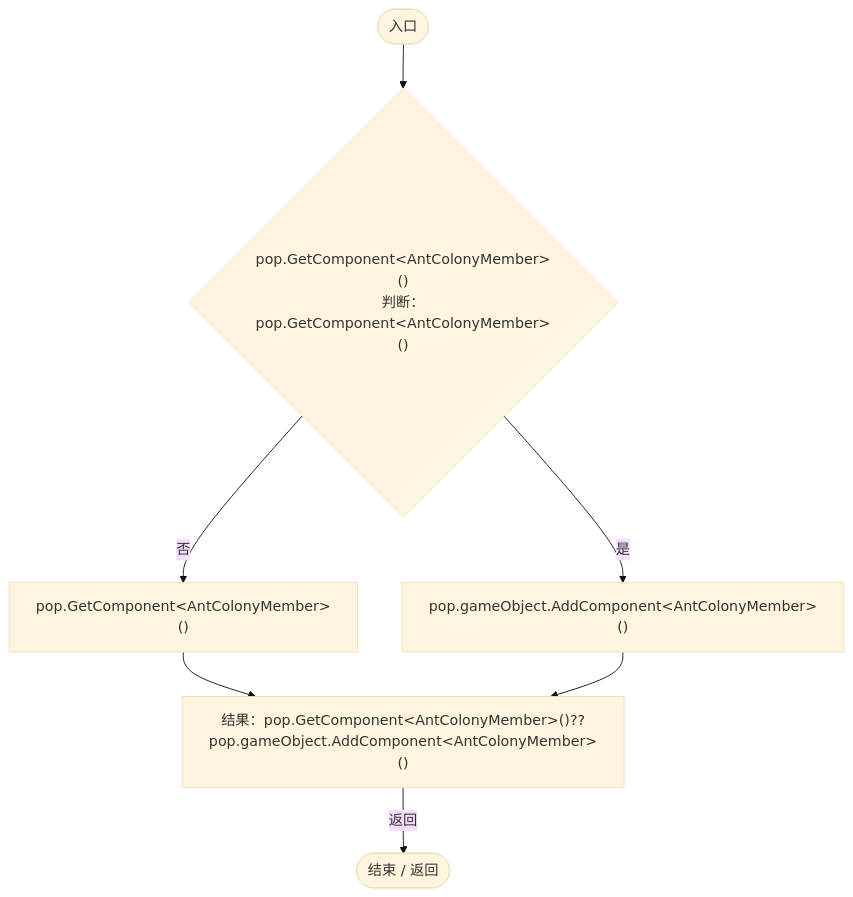
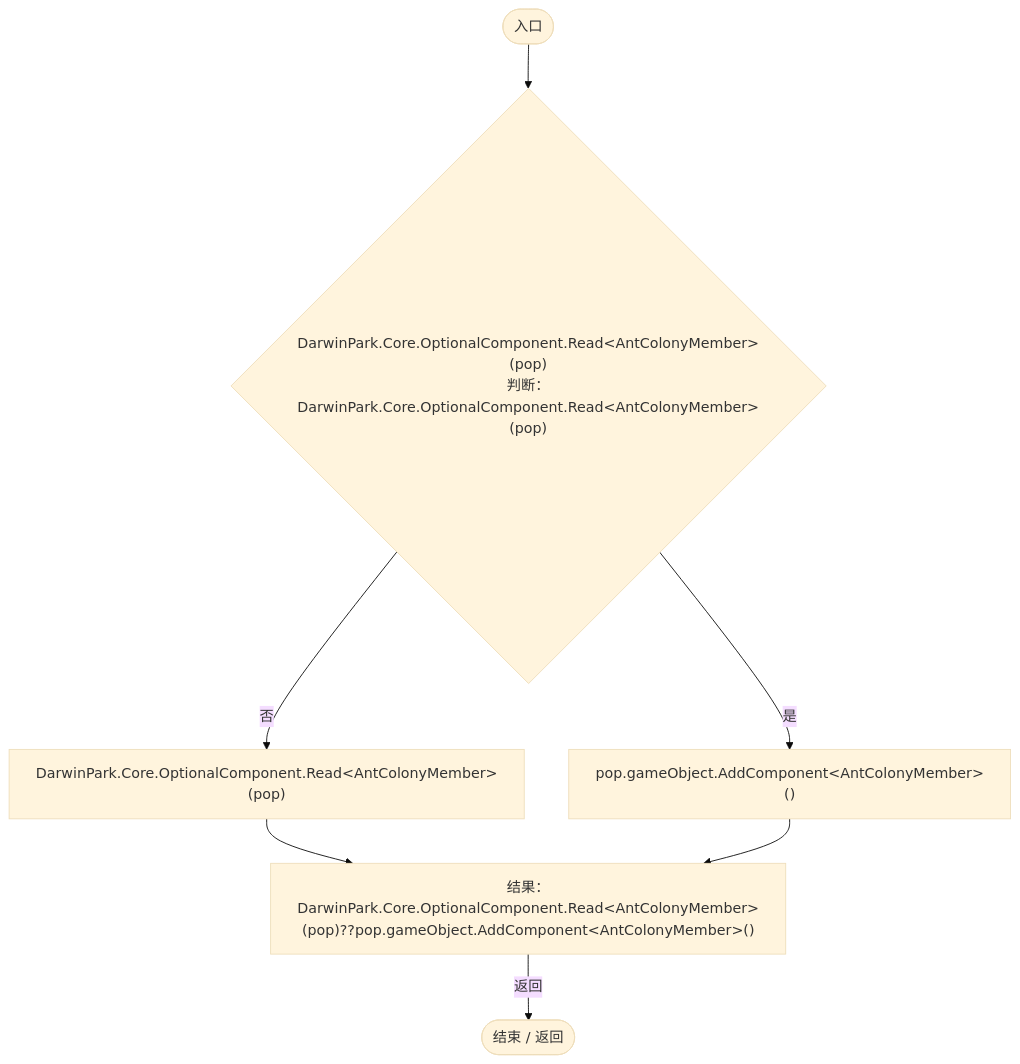
Diagram 31 of 53 in Docs/运行流程图/脚本/baebd85c05598377.md (xhs6666/Darwin_paradise), drawn with Mermaid (base theme) before and after one commit. The commit also changed other lines of this file and 297 other files, not shown here.

````diff
--- a/Docs/运行流程图/脚本/baebd85c05598377.md
+++ b/Docs/运行流程图/脚本/baebd85c05598377.md
@@ -740,16 +745,16 @@
 ```mermaid
 flowchart TD
   b0(["入口"])
-  b1{"pop.GetComponent&lt;AntColonyMember&gt;()<br/>判断：pop.GetComponent&lt;AntColonyMember&gt;()"}
-  b2["pop.GetComponent&lt;AntColonyMember&gt;()"]
+  b1{"DarwinPark.Core.OptionalComponent.Read&lt;AntColonyMember&gt;(pop)<br/>判断：DarwinPark.Core.OptionalComponent.Read&lt;AntColonyMember&gt;(pop)"}
+  b2["DarwinPark.Core.OptionalComponent.Read&lt;AntColonyMember&gt;(pop)"]
   b3["pop.gameObject.AddComponent&lt;AntColonyMember&gt;()"]
-  b4["结果：pop.GetComponent&lt;AntColonyMember&gt;()??pop.gameObject.AddComponent&lt;AntColonyMember&gt;()"]
+  b4["结果：DarwinPark.Core.OptionalComponent.Read&lt;AntColonyMember&gt;(pop)??pop.gameObject.AddComponent&lt;AntColonyMember&gt;()"]
   b5(["结束 / 返回"])
   b0 --> b1
   b1 -->|"否"| b2
   b1 -->|"是"| b3
   b2 --> b4
   b3 --> b4
   b4 -->|"返回"| b5
 
 ```
````
